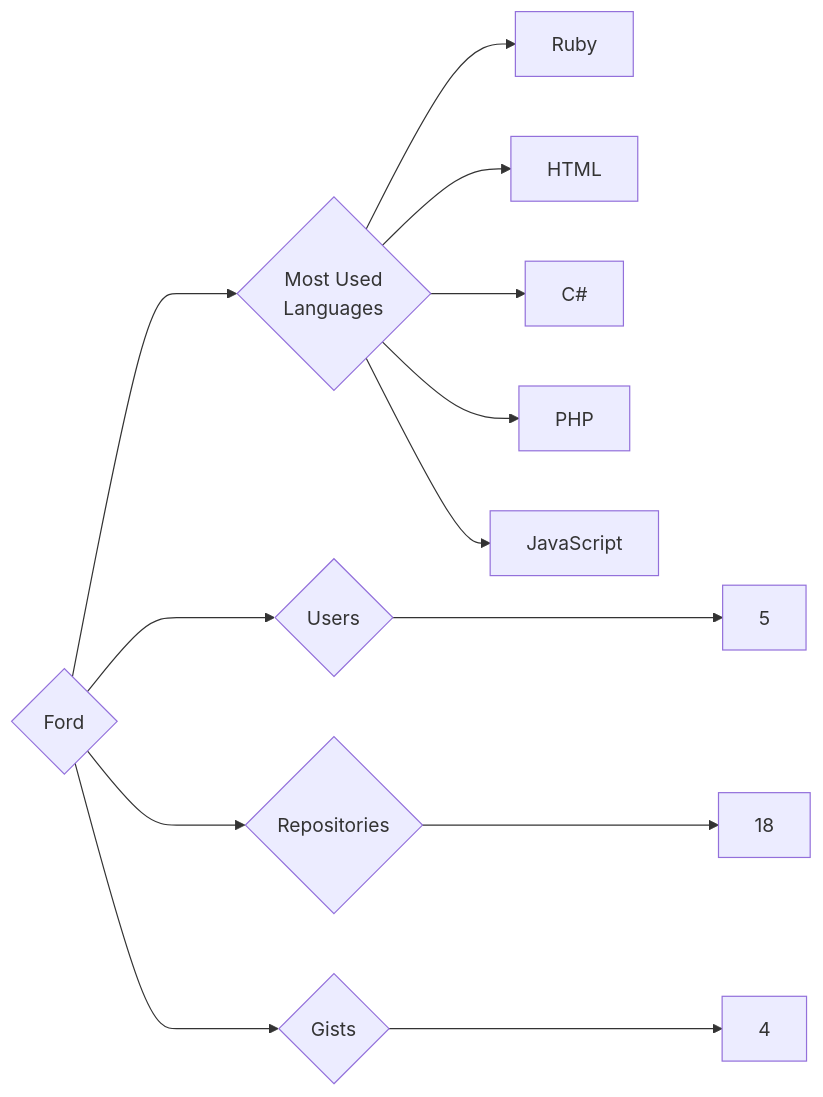
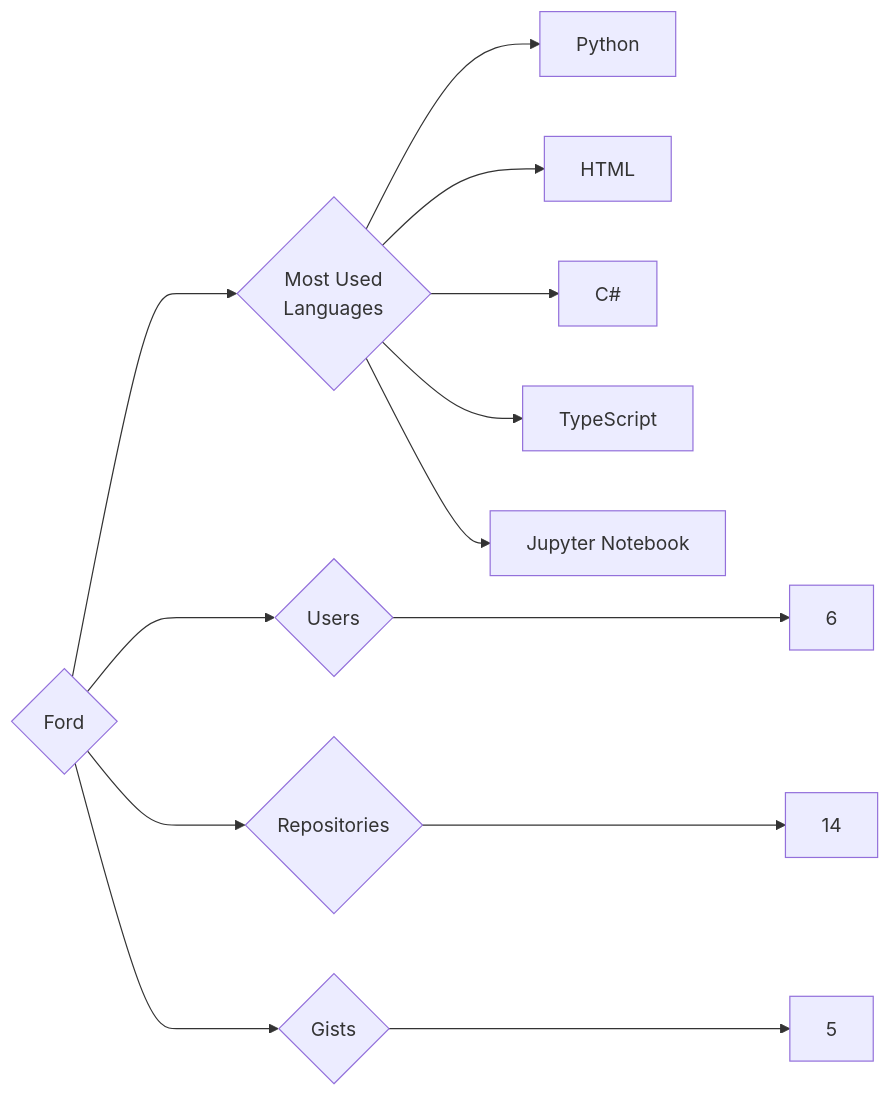
The diagram in targets/Ford/README.md (trickest/insiders), drawn with Mermaid before and after one commit. The commit also changed 993 other files, not shown here.

````diff
--- a/targets/Ford/README.md
+++ b/targets/Ford/README.md
@@ -3,13 +3,13 @@
 ```mermaid
 graph LR
 COMPANY_NAME{Ford}
-COMPANY_NAME ---> U{Users} ---> UN[5]
-COMPANY_NAME ---> R{Repositories} ---> RN[18]
-COMPANY_NAME ---> G{Gists} ---> GN[4]
+COMPANY_NAME ---> U{Users} ---> UN[6]
+COMPANY_NAME ---> R{Repositories} ---> RN[14]
+COMPANY_NAME ---> G{Gists} ---> GN[5]
 COMPANY_NAME ---> ML{Most Used<br>Languages}
-ML --> Ruby[Ruby]
+ML --> Python[Python]
 ML --> HTML[HTML]
 ML --> C#[C#]
-ML --> PHP[PHP]
-ML --> JavaScript[JavaScript]
+ML --> TypeScript[TypeScript]
+ML --> Jupyter_Notebook[Jupyter Notebook]
 ```
````
